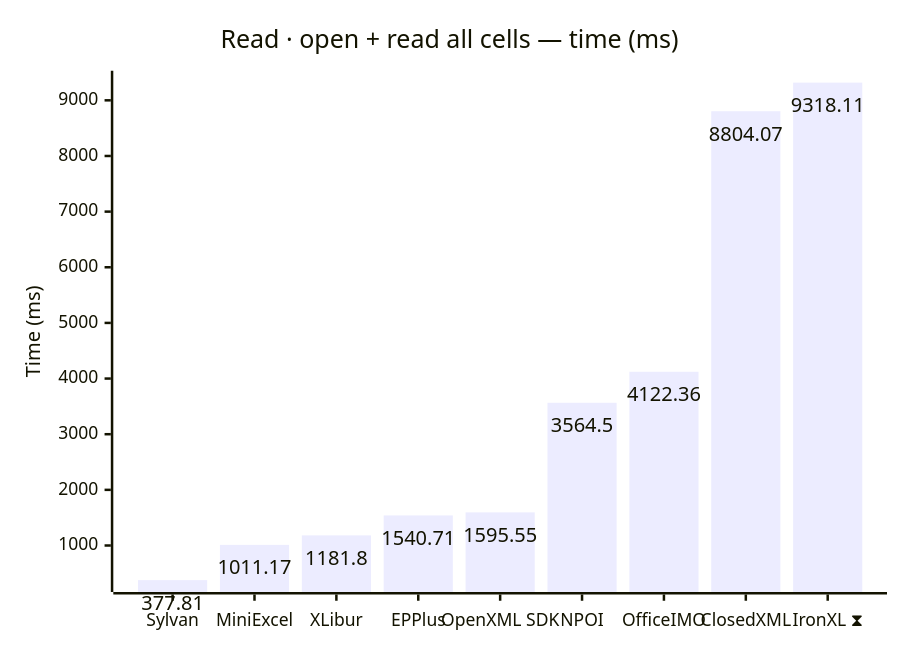
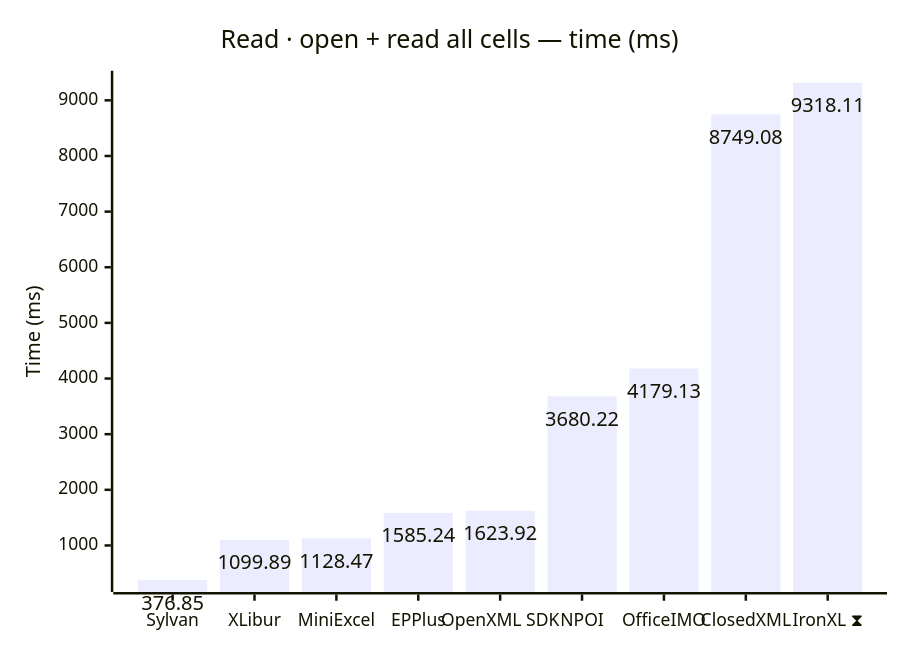
One commit to jafin/XLBench changed the third of 12 diagrams in docs/results-ci.md. Above: the diagram before and after it, drawn with Mermaid. The commit also changed other lines of this file, not shown here.

````diff
--- a/docs/results-ci.md
+++ b/docs/results-ci.md
@@ -69,12 +69,12 @@
 ```mermaid
 ---
 config:
   xyChart:
     showDataLabel: true
 ---
 xychart-beta
     title "Read · open + read all cells — time (ms)"
-    x-axis ["Sylvan", "MiniExcel", "XLibur", "EPPlus", "OpenXML SDK", "NPOI", "OfficeIMO", "ClosedXML", "IronXL ⧗"]
+    x-axis ["Sylvan", "XLibur", "MiniExcel", "EPPlus", "OpenXML SDK", "NPOI", "OfficeIMO", "ClosedXML", "IronXL ⧗"]
     y-axis "Time (ms)"
-    bar [377.81, 1011.17, 1181.8, 1540.71, 1595.55, 3564.5, 4122.36, 8804.07, 9318.11]
+    bar [376.85, 1099.89, 1128.47, 1585.24, 1623.92, 3680.22, 4179.13, 8749.08, 9318.11]
 ```
````
